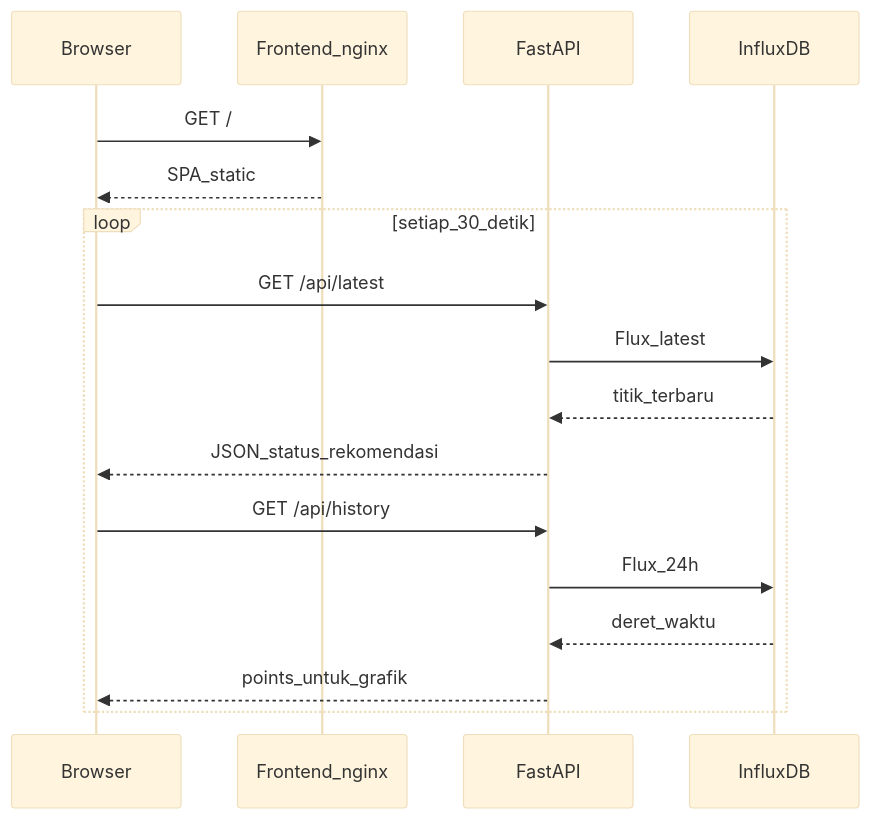
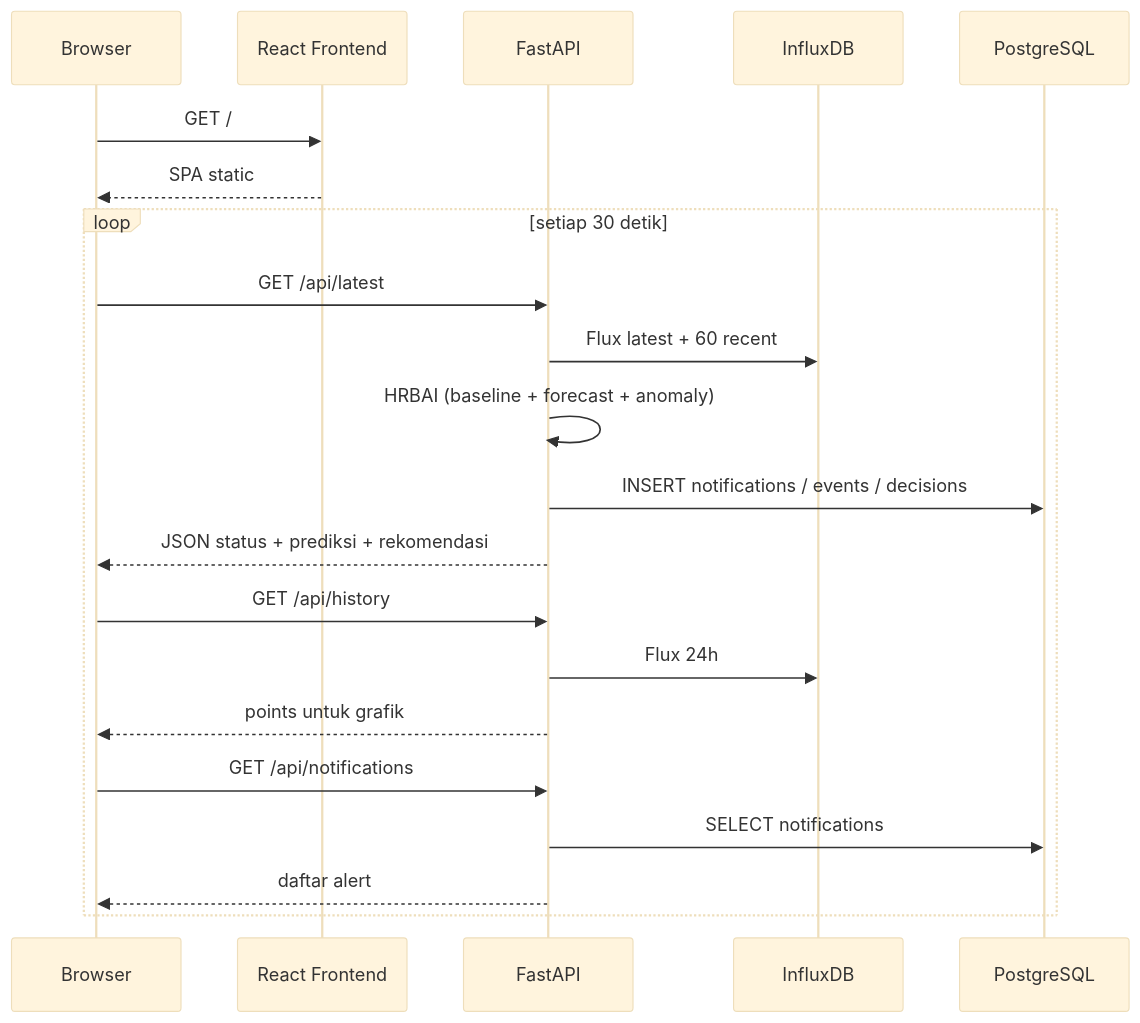
The fourth of 4 diagrams in ARCHITECTURE.md (teh05/sketch_apr13a), drawn with Mermaid (base theme) before and after one commit. The commit also changed other lines of this file and 4 other files, not shown here.

Commit message:
architecture-summary

````diff
--- a/ARCHITECTURE.md
+++ b/ARCHITECTURE.md
@@ -68,20 +168,27 @@
 ```mermaid
 sequenceDiagram
   participant B as Browser
-  participant F as Frontend_nginx
+  participant F as React Frontend
   participant A as FastAPI
   participant I as InfluxDB
+  participant P as PostgreSQL
 
   B->>F: GET /
-  F-->>B: SPA_static
-  loop setiap_30_detik
+  F-->>B: SPA static
+
+  loop setiap 30 detik
     B->>A: GET /api/latest
-    A->>I: Flux_latest
-    I-->>A: titik_terbaru
-    A-->>B: JSON_status_rekomendasi
+    A->>I: Flux latest + 60 recent
+    A->>A: HRBAI (baseline + forecast + anomaly)
+    A->>P: INSERT notifications / events / decisions
+    A-->>B: JSON status + prediksi + rekomendasi
+
     B->>A: GET /api/history
-    A->>I: Flux_24h
-    I-->>A: deret_waktu
-    A-->>B: points_untuk_grafik
+    A->>I: Flux 24h
+    A-->>B: points untuk grafik
+
+    B->>A: GET /api/notifications
+    A->>P: SELECT notifications
+    A-->>B: daftar alert
   end
 ```
````
